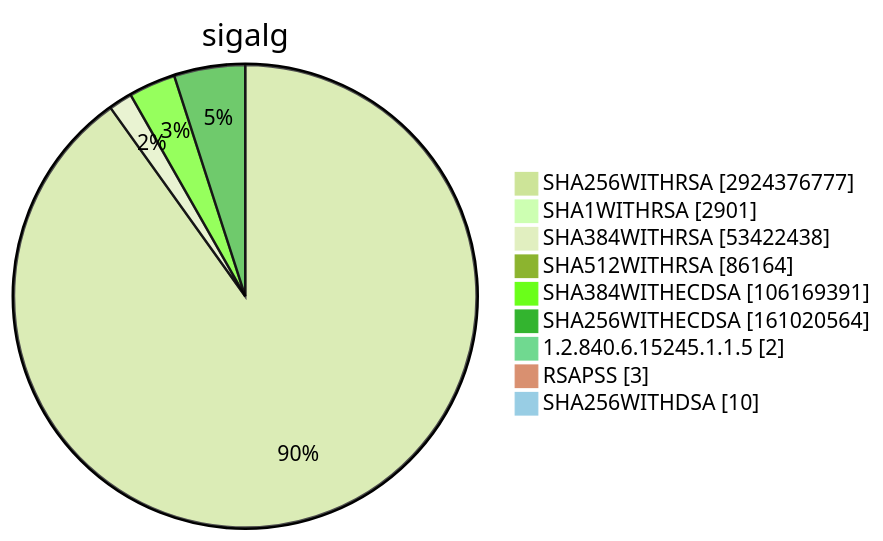
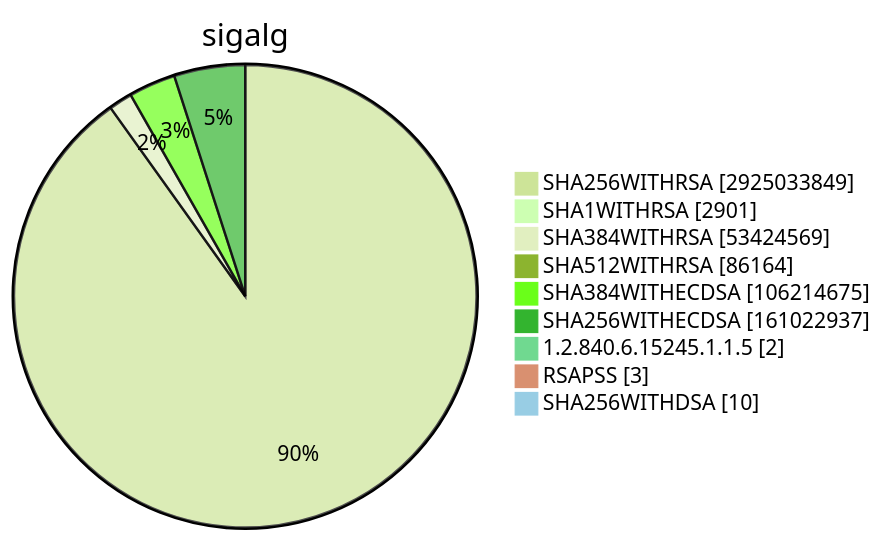
Before and after one commit to christiankrug/ctmonitor_visualization: diagram 15 of 15 in TOTAL/README.md, drawn with Mermaid (forest theme). The commit also changed other lines of this file, not shown here.

````diff
--- a/TOTAL/README.md
+++ b/TOTAL/README.md
@@ -6207,13 +6207,13 @@
 ```mermaid
 pie showData
 title sigalg
-"SHA256WITHRSA" :2924376777
+"SHA256WITHRSA" :2925033849
 "SHA1WITHRSA" :2901
-"SHA384WITHRSA" :53422438
+"SHA384WITHRSA" :53424569
 "SHA512WITHRSA" :86164
-"SHA384WITHECDSA" :106169391
-"SHA256WITHECDSA" :161020564
+"SHA384WITHECDSA" :106214675
+"SHA256WITHECDSA" :161022937
 "1.2.840.6.15245.1.1.5" :2
 "RSAPSS" :3
 "SHA256WITHDSA" :10
 ```
````
